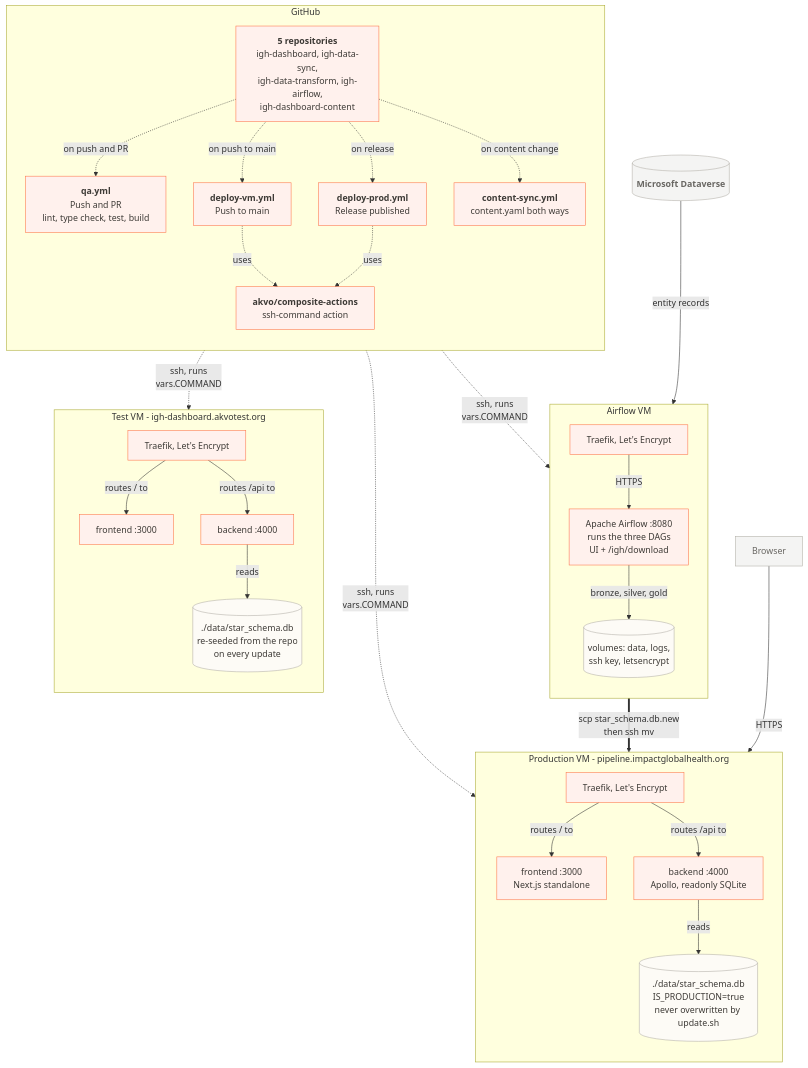
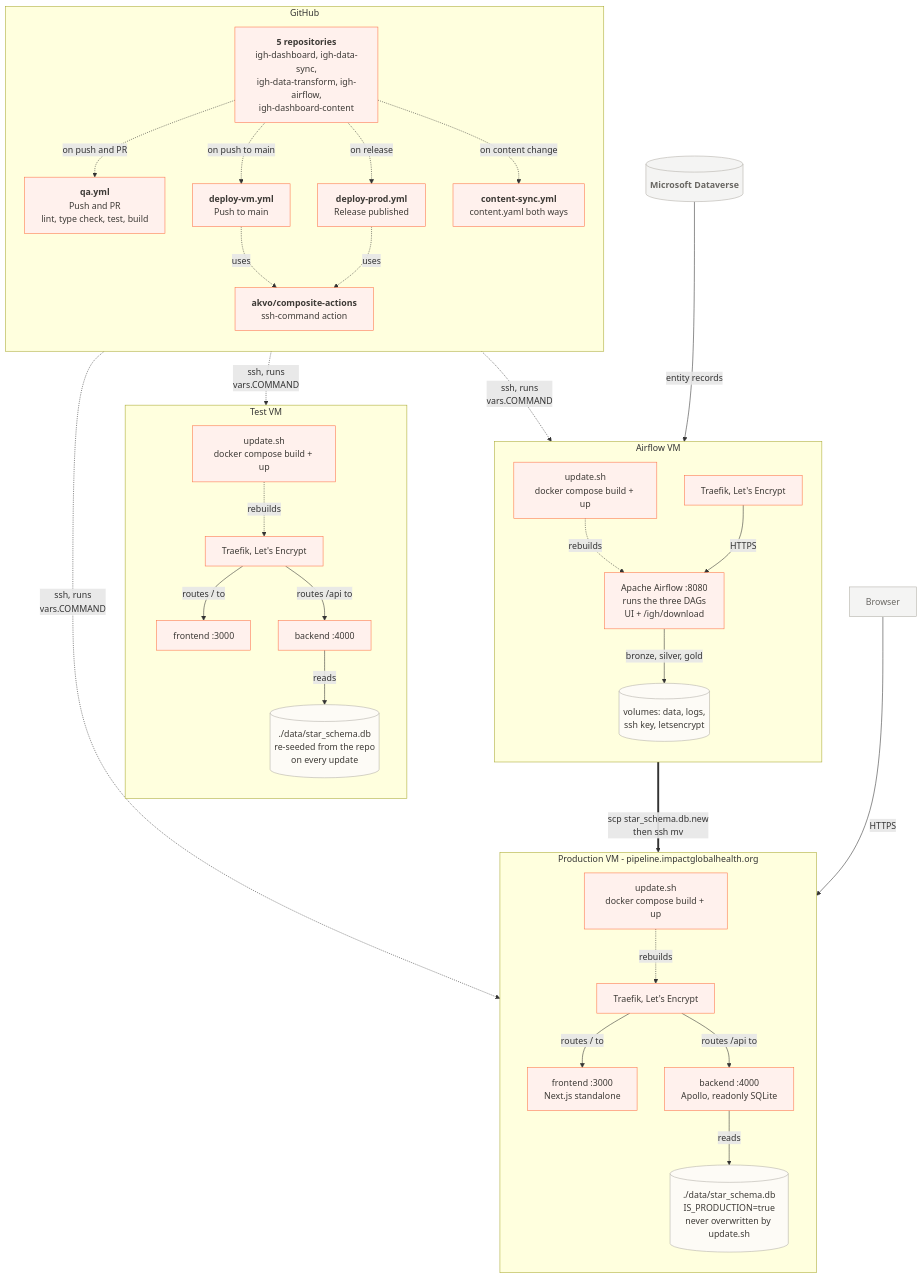
Before and after one commit to akvo/igh-dashboard: the diagram in docs/lld/diagrams/14-infrastructure.mmd, drawn with Mermaid. The commit also changed 2 other files, not shown here.

Commit message:
Fix infra diagram

```diff
--- a/docs/lld/diagrams/14-infrastructure.mmd
+++ b/docs/lld/diagrams/14-infrastructure.mmd
@@ -1,67 +1,74 @@
 %% Infrastructure and deployment. Reads top to bottom: GitHub, then the three machines.
 %% Solid arrows carry data or requests and say what flows. Dotted arrows show one thing running another.
 flowchart TB
     dv[("<b>Microsoft Dataverse</b>")]
 
     subgraph gh["GitHub"]
         direction TB
         repos["<b>5 repositories</b><br/>igh-dashboard, igh-data-sync,<br/>igh-data-transform, igh-airflow,<br/>igh-dashboard-content"]
         qa["<b>qa.yml</b><br/>Push and PR<br/>lint, type check, test, build"]
         dtest["<b>deploy-vm.yml</b><br/>Push to main"]
         dprod["<b>deploy-prod.yml</b><br/>Release published"]
         csync["<b>content-sync.yml</b><br/>content.yaml both ways"]
         ca["<b>akvo/composite-actions</b><br/>ssh-command action"]
         repos -.->|"on push and PR"| qa
         repos -.->|"on push to main"| dtest
         repos -.->|"on release"| dprod
         repos -.->|"on content change"| csync
         dtest -.->|"uses"| ca
         dprod -.->|"uses"| ca
     end
 
+    subgraph testvm["Test VM"]
+        direction TB
+        t_traefik["Traefik, Let's Encrypt"]
+        t_fe["frontend :3000"]
+        t_be["backend :4000"]
+        t_db[("./data/star_schema.db<br/>re-seeded from the repo<br/>on every update")]
+        t_deploy["update.sh<br/>docker compose build + up"]
+        t_deploy -.->|"rebuilds"| t_traefik
+        t_traefik -->|"routes / to"| t_fe
+        t_traefik -->|"routes /api to"| t_be
+        t_be -->|"reads"| t_db
+    end
+
     subgraph airvm["Airflow VM"]
         direction TB
         a_traefik["Traefik, Let's Encrypt"]
         a_airflow["Apache Airflow :8080<br/>runs the three DAGs<br/>UI + /igh/download"]
         a_vols[("volumes: data, logs,<br/>ssh key, letsencrypt")]
+        a_deploy["update.sh<br/>docker compose build + up"]
+        a_deploy -.->|"rebuilds"| a_airflow
         a_traefik -->|"HTTPS"| a_airflow
         a_airflow -->|"bronze, silver, gold"| a_vols
     end
 
-    subgraph testvm["Test VM - igh-dashboard.akvotest.org"]
-        direction TB
-        t_traefik["Traefik, Let's Encrypt"]
-        t_fe["frontend :3000"]
-        t_be["backend :4000"]
-        t_db[("./data/star_schema.db<br/>re-seeded from the repo<br/>on every update")]
-        t_traefik -->|"routes / to"| t_fe
-        t_traefik -->|"routes /api to"| t_be
-        t_be -->|"reads"| t_db
-    end
 
     subgraph prodvm["Production VM - pipeline.impactglobalhealth.org"]
         direction TB
         p_traefik["Traefik, Let's Encrypt"]
         p_fe["frontend :3000<br/>Next.js standalone"]
         p_be["backend :4000<br/>Apollo, readonly SQLite"]
         p_db[("./data/star_schema.db<br/>IS_PRODUCTION=true<br/>never overwritten by update.sh")]
+        p_deploy["update.sh<br/>docker compose build + up"]
+        p_deploy -.->|"rebuilds"| p_traefik
         p_traefik -->|"routes / to"| p_fe
         p_traefik -->|"routes /api to"| p_be
         p_be -->|"reads"| p_db
     end
 
     user["Browser"]
 
-    ca -.->|"ssh, runs<br/>vars.COMMAND"| airvm
-    ca -.->|"ssh, runs<br/>vars.COMMAND"| testvm
-    ca -.->|"ssh, runs<br/>vars.COMMAND"| prodvm
-    dv -->|"entity records"| airvm
+    ca -.->|"ssh, runs<br/>vars.COMMAND"| t_deploy
+    ca -.->|"ssh, runs<br/>vars.COMMAND"| a_deploy
+    ca -.->|"ssh, runs<br/>vars.COMMAND"| p_deploy
+    dv -->|"entity records"| a_airflow
     a_airflow ==>|"scp star_schema.db.new<br/>then ssh mv"| p_db
     user -->|"HTTPS"| p_traefik
 
     classDef comp fill:#fff1ed,stroke:#fe7449,color:#3d3a36
     classDef store fill:#fdfbf6,stroke:#b2afa7,color:#3d3a36
     classDef ext fill:#f4f4f3,stroke:#b2afa7,color:#696763
-    class repos,qa,dtest,dprod,csync,ca,t_traefik,t_fe,t_be,p_traefik,p_fe,p_be,a_traefik,a_airflow comp
+    class repos,qa,dtest,dprod,csync,ca,a_deploy,t_deploy,p_deploy,t_traefik,t_fe,t_be,p_traefik,p_fe,p_be,a_traefik,a_airflow comp
     class t_db,p_db,a_vols store
     class dv,user ext
```
